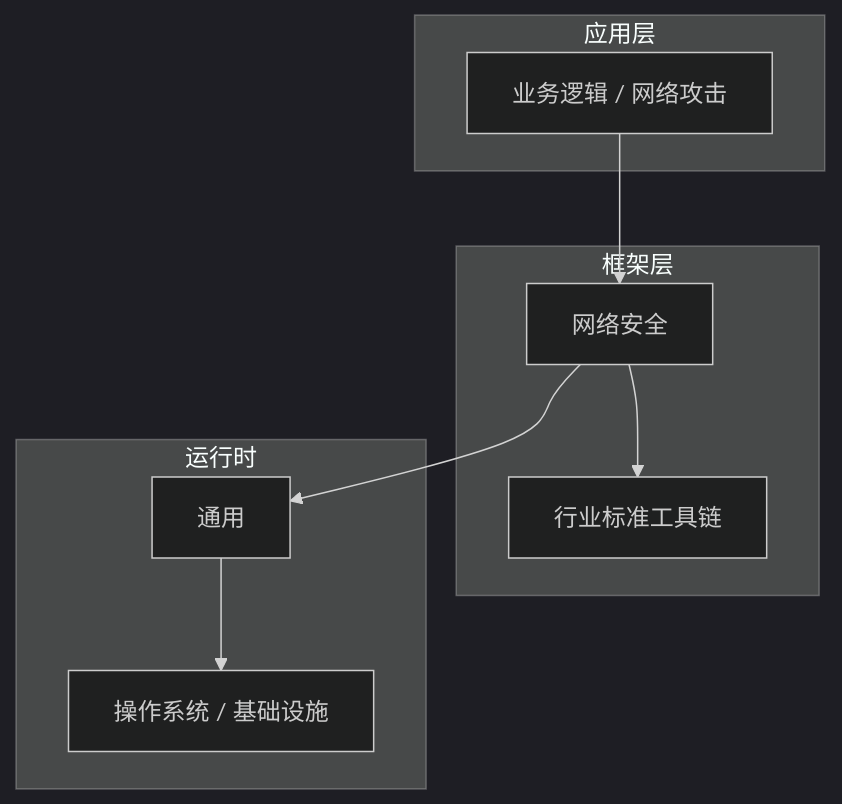
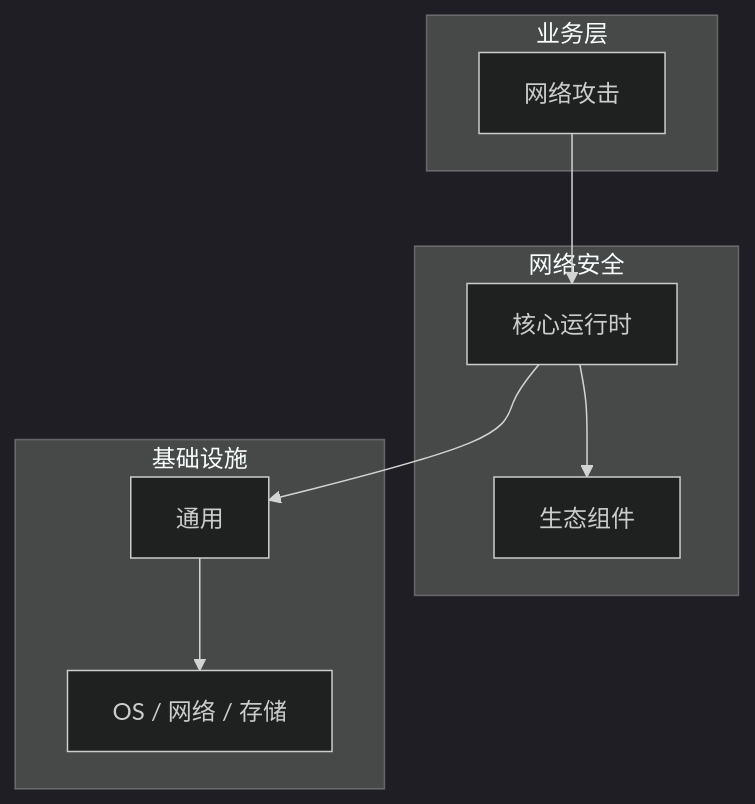
One commit to yanggan2015/knowledge-json-v2 changed the diagram in articles/网络安全/chapters/008-网络威胁核心概念与原理.md. Above: the diagram before and after it, drawn with Mermaid (dark theme). The commit also changed other lines of this file and 10127 other files, not shown here.

````diff
--- a/articles/网络安全/chapters/008-网络威胁核心概念与原理.md
+++ b/articles/网络安全/chapters/008-网络威胁核心概念与原理.md
@@ -46,18 +35,18 @@
 ```mermaid
 graph TB
-    subgraph 应用层
-        A[业务逻辑 / 网络攻击]
+    subgraph 业务层
+        A[网络攻击]
     end
-    subgraph 框架层
-        B[网络安全]
-        C[行业标准工具链]
+    subgraph 网络安全
+        B[核心运行时]
+        C[生态组件]
     end
-    subgraph 运行时
+    subgraph 基础设施
         D[通用]
-        E[操作系统 / 基础设施]
+        E[OS / 网络 / 存储]
     end
     A --> B
     B --> C
     B --> D
     D --> E
 ```
````
